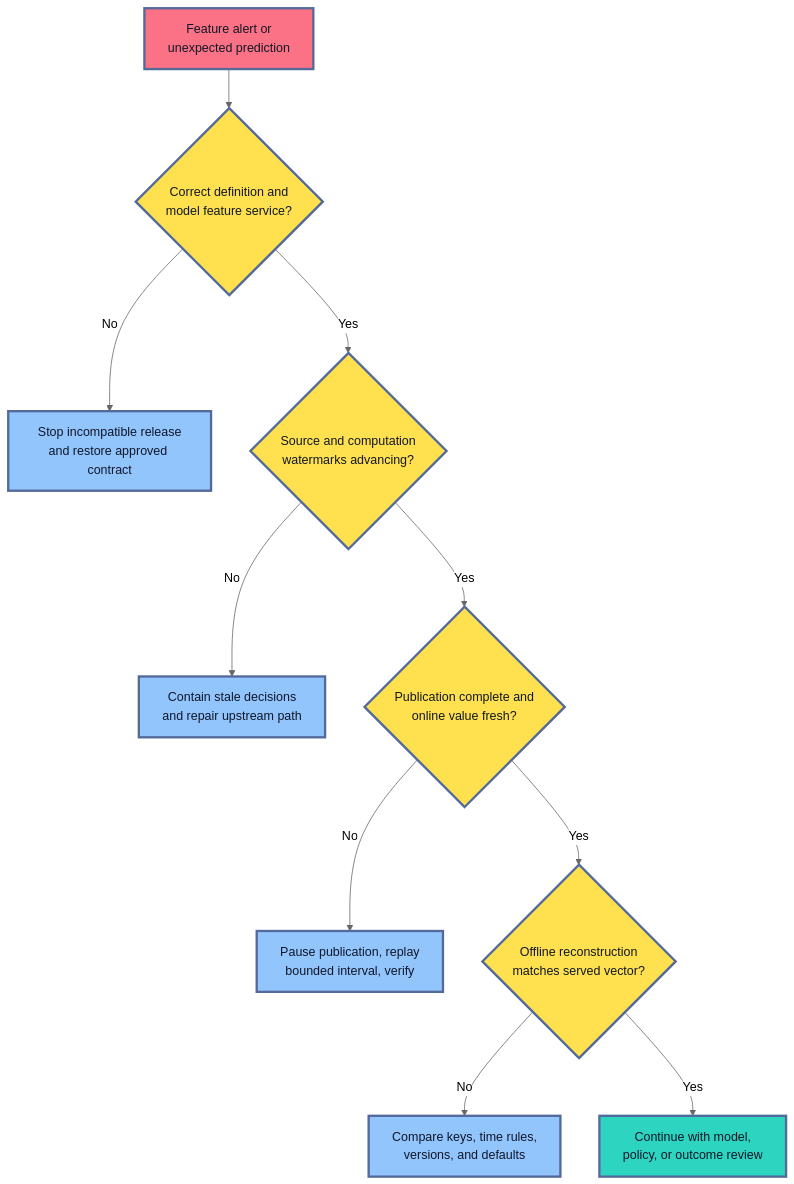
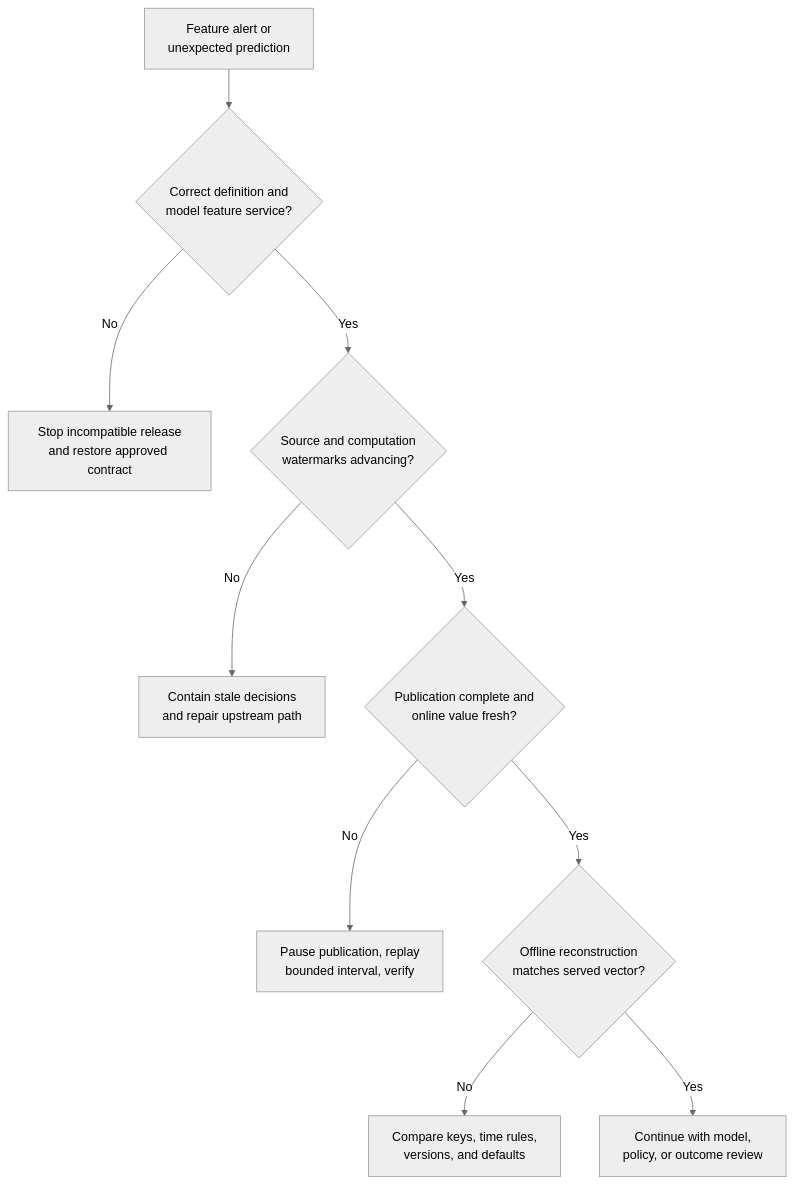
The fourth of 5 diagrams in roadmaps/mlops/modules/data-for-ml-systems/feature-management/04-feature-stores-explained.md (senlinyy/dev-roadmaps), drawn with Mermaid (neutral theme) before and after one commit. The commit also changed other lines of this file and 152 other files, not shown here.

Commit message:
feat: mlops and diagrams updated

````diff
--- a/roadmaps/mlops/modules/data-for-ml-systems/feature-management/04-feature-stores-explained.md
+++ b/roadmaps/mlops/modules/data-for-ml-systems/feature-management/04-feature-stores-explained.md
@@ -286,21 +274,17 @@
 ```mermaid
 flowchart TD
     A["Feature alert or<br/>unexpected prediction"] --> B{"Correct definition and<br/>model feature service?"}
     B -->|"No"| C["Stop incompatible release<br/>and restore approved contract"]
     B -->|"Yes"| D{"Source and computation<br/>watermarks advancing?"}
     D -->|"No"| E["Contain stale decisions<br/>and repair upstream path"]
     D -->|"Yes"| F{"Publication complete and<br/>online value fresh?"}
     F -->|"No"| G["Pause publication, replay<br/>bounded interval, verify"]
     F -->|"Yes"| H{"Offline reconstruction<br/>matches served vector?"}
     H -->|"No"| I["Compare keys, time rules,<br/>versions, and defaults"]
     H -->|"Yes"| J["Continue with model,<br/>policy, or outcome review"]
 
-    classDef alert fill:#FB7185,stroke:#536A9A,stroke-width:3px,color:#111827
-    classDef gate fill:#FFE04F,stroke:#536A9A,stroke-width:3px,color:#111827
-    classDef action fill:#93C5FD,stroke:#536A9A,stroke-width:3px,color:#0F172A
-    classDef continue fill:#2DD4BF,stroke:#536A9A,stroke-width:3px,color:#0F172A
     class A alert
     class B,D,F,H gate
     class C,E,G,I action
     class J continue
 ```
````
